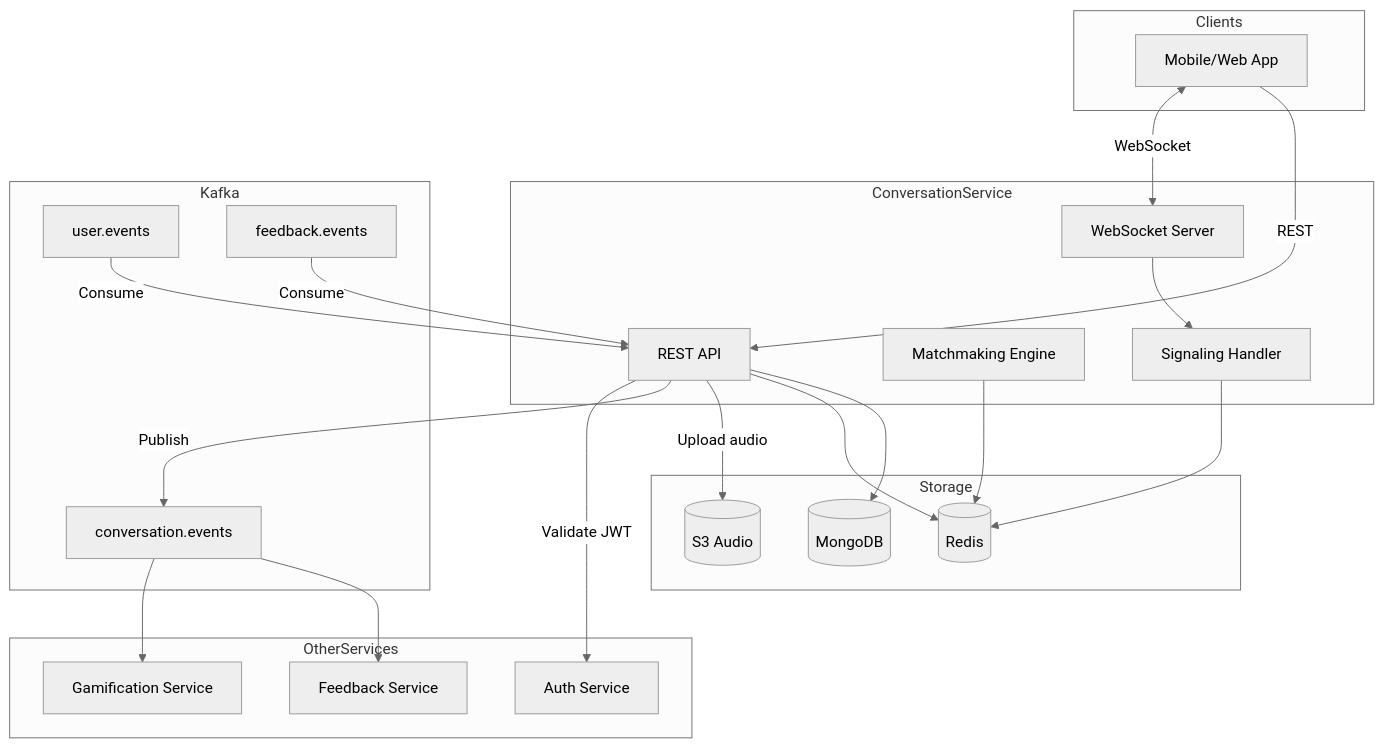
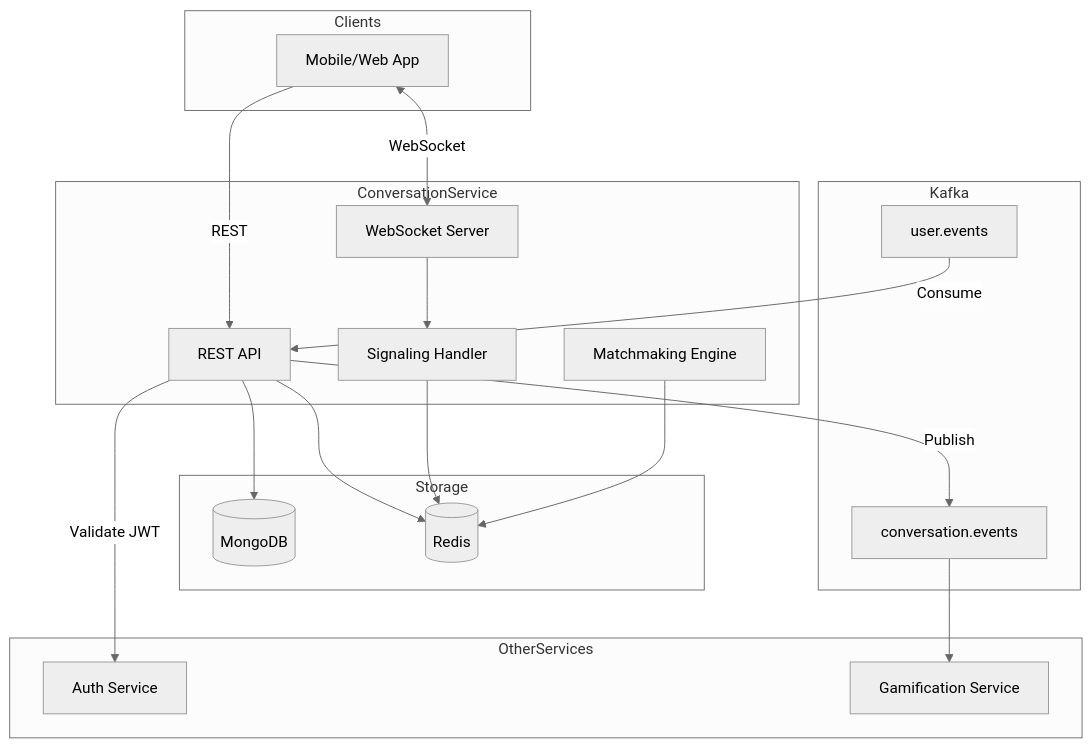
One commit to we-speak-org/wespeak-specifications changed the sixth of 7 diagrams in 03-conversation-service/DIAGRAMS.md. Above: the diagram before and after it, drawn with Mermaid (neutral theme). The commit also changed other lines of this file and 6 other files, not shown here.

````diff
--- a/03-conversation-service/DIAGRAMS.md
+++ b/03-conversation-service/DIAGRAMS.md
@@ -162,53 +216,46 @@
 ```mermaid
 flowchart TB
     subgraph Clients
         APP[Mobile/Web App]
     end
 
     subgraph ConversationService
         API[REST API]
         WS[WebSocket Server]
         MATCH[Matchmaking Engine]
         SIG[Signaling Handler]
     end
 
     subgraph Storage
         MONGO[(MongoDB)]
         REDIS[(Redis)]
-        S3[(S3 Audio)]
     end
 
     subgraph Kafka
         TOPIC_CONV[conversation.events]
         TOPIC_USER[user.events]
-        TOPIC_FB[feedback.events]
     end
 
     subgraph OtherServices
         AUTH[Auth Service]
-        FEED[Feedback Service]
         GAMI[Gamification Service]
     end
 
     APP -->|REST| API
     APP <-->|WebSocket| WS
     
     API --> MONGO
     API --> REDIS
     
     WS --> SIG
     SIG --> REDIS
     
     MATCH --> REDIS
     
-    API -->|Upload audio| S3
     API -->|Publish| TOPIC_CONV
+    TOPIC_USER -->|Consume| API
     
-    TOPIC_USER -->|Consume| API
-    TOPIC_FB -->|Consume| API
-    
-    TOPIC_CONV --> FEED
     TOPIC_CONV --> GAMI
     
     API -->|Validate JWT| AUTH
 ```
````
